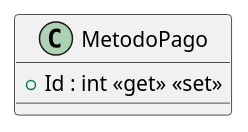
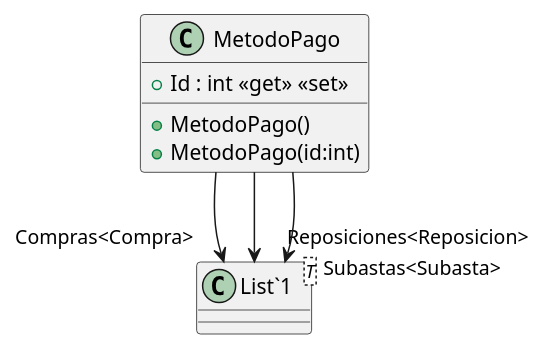
The diagram in src/AppForSEII.API/ClassDiagram/MetodoPago.puml (ISII2627NeedMoneyForMac/ISII2627NeedMoneyForMac), drawn with PlantUML before and after one commit. The commit also changed 17 other files, not shown here.

```diff
--- a/src/AppForSEII.API/ClassDiagram/MetodoPago.puml
+++ b/src/AppForSEII.API/ClassDiagram/MetodoPago.puml
@@ -1,5 +1,12 @@
 @startuml
 class MetodoPago {
+    + MetodoPago()
+    + MetodoPago(id:int)
     + Id : int <<get>> <<set>>
 }
+class "List`1"<T> {
+}
+MetodoPago --> "Compras<Compra>" "List`1"
+MetodoPago --> "Reposiciones<Reposicion>" "List`1"
+MetodoPago --> "Subastas<Subasta>" "List`1"
 @enduml
```
